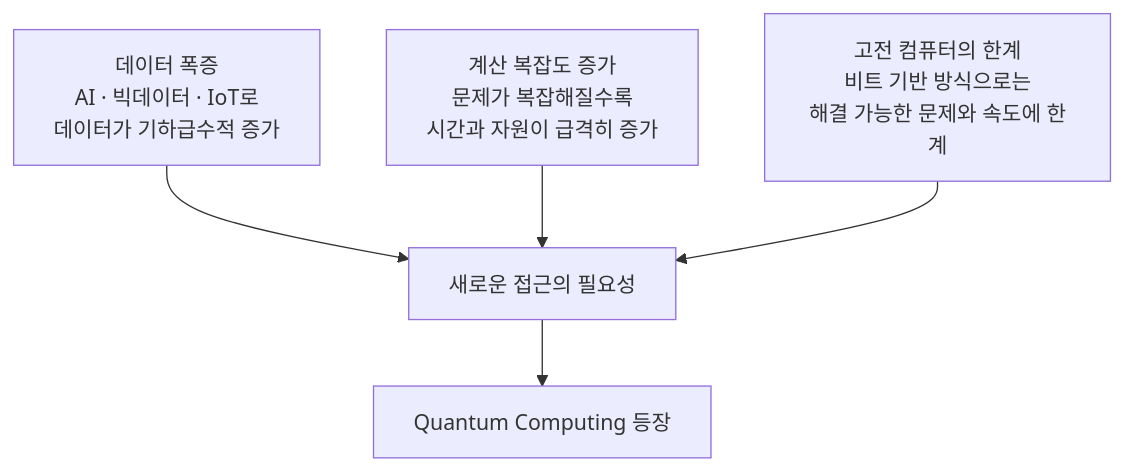
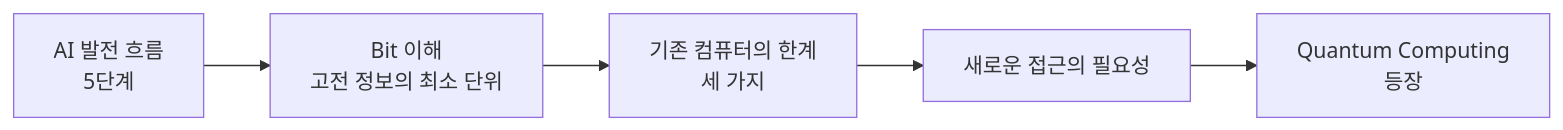
Before and after one commit to umyunsang/edu: the diagram in ComputerScience/03_ai-ml-data/quantum-ml/02. 왜 양자 컴퓨팅인가.md, drawn with Mermaid. The commit also changed other lines of this file, not shown here.

Commit message:
Auto-save: Updated ComputerScience/03_ai-ml-data/quantum-ml/02. 왜 양자 컴퓨팅인가.md

````diff
--- a/ComputerScience/03_ai-ml-data/quantum-ml/02. 왜 양자 컴퓨팅인가.md
+++ b/ComputerScience/03_ai-ml-data/quantum-ml/02. 왜 양자 컴퓨팅인가.md
@@ -80,7 +27,7 @@
 ```mermaid
-flowchart TB
-    L1["데이터 폭증<br/>AI · 빅데이터 · IoT로<br/>데이터가 기하급수적 증가"] --> N["새로운 접근의 필요성"]
-    L2["계산 복잡도 증가<br/>문제가 복잡해질수록<br/>시간과 자원이 급격히 증가"] --> N
-    L3["고전 컴퓨터의 한계<br/>비트 기반 방식으로는<br/>해결 가능한 문제와 속도에 한계"] --> N
-    N --> Q["Quantum Computing 등장"]
+flowchart LR
+    A["AI 발전 흐름<br/>5단계"] --> B["Bit 이해<br/>고전 정보의 최소 단위"]
+    B --> C["기존 컴퓨터의 한계<br/>세 가지"]
+    C --> D["새로운 접근의 필요성"]
+    D --> E["Quantum Computing<br/>등장"]
 ```
````
